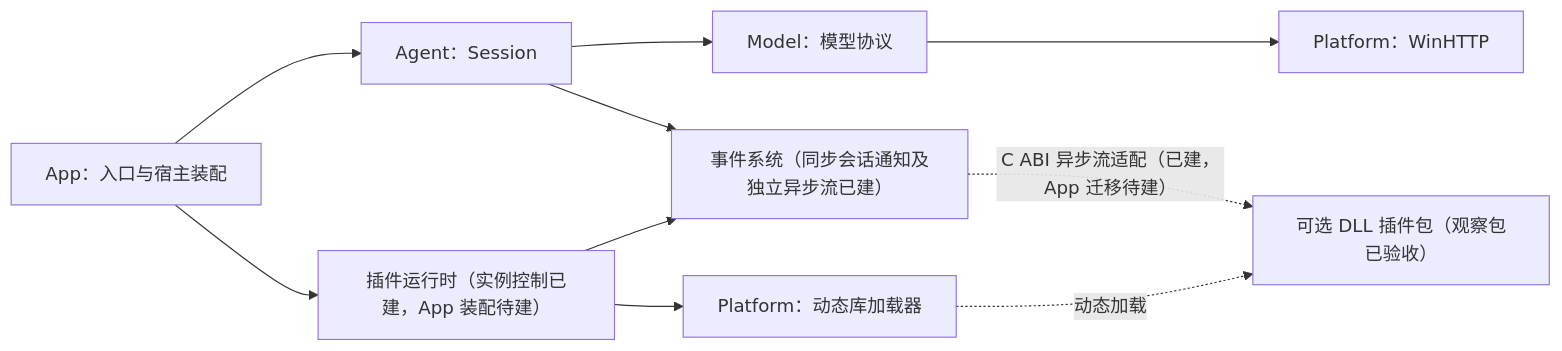
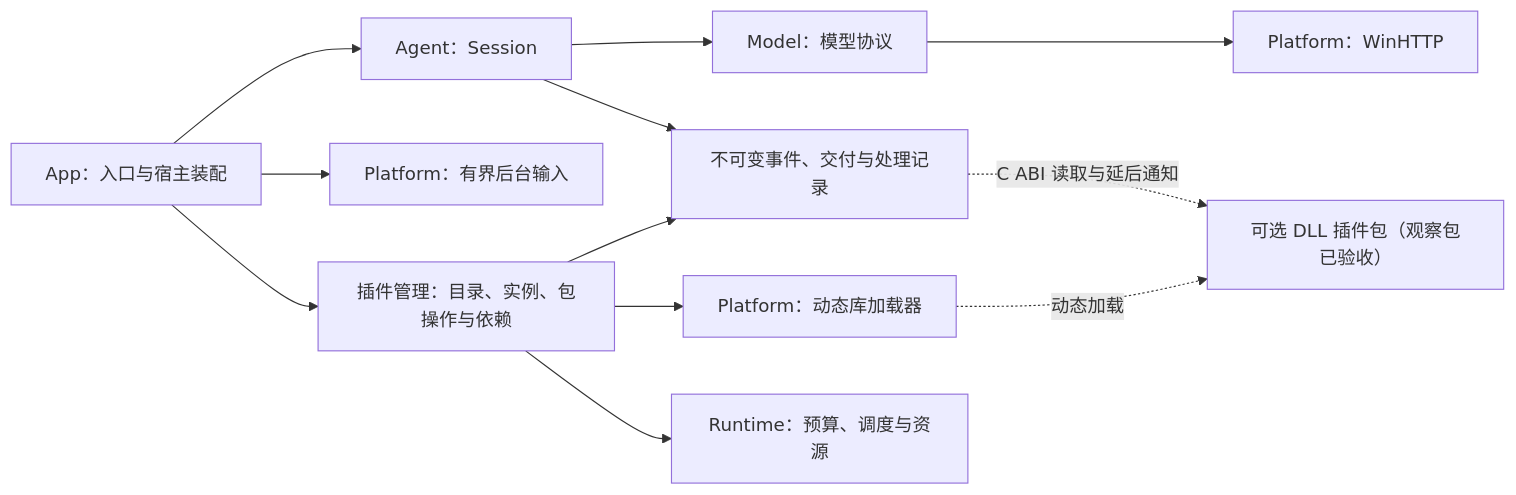
The diagram in docs/foundation-development-guide.md (AuraKaliya/DaFeiYu-), drawn with Mermaid before and after one commit. The commit also changed other lines of this file and 4 other files, not shown here.

````diff
--- a/docs/foundation-development-guide.md
+++ b/docs/foundation-development-guide.md
@@ -155,12 +152,14 @@
 ```mermaid
 flowchart LR
     App["App：入口与宿主装配"] --> Agent["Agent：Session"]
     Agent --> Model["Model：模型协议"]
     Model --> HTTP["Platform：WinHTTP"]
-    App --> Manager["插件运行时（实例控制已建，App 装配待建）"]
-    Agent --> Events["事件系统（同步会话通知及独立异步流已建）"]
+    App --> Input["Platform：有界后台输入"]
+    App --> Manager["插件管理：目录、实例、包操作与依赖"]
+    Agent --> Events["不可变事件、交付与处理记录"]
     Manager --> Events
     Manager --> Loader["Platform：动态库加载器"]
     Loader -. "动态加载" .-> Plugin["可选 DLL 插件包（观察包已验收）"]
-    Events -. "C ABI 异步流适配（已建，App 迁移待建）" .-> Plugin
+    Manager --> Runtime["Runtime：预算、调度与资源"]
+    Events -. "C ABI 读取与延后通知" .-> Plugin
 ```
````
